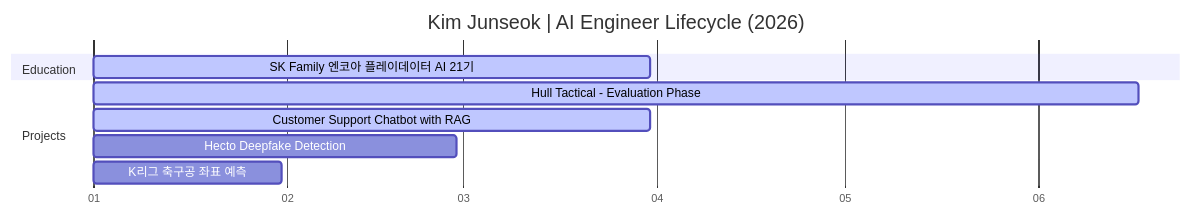
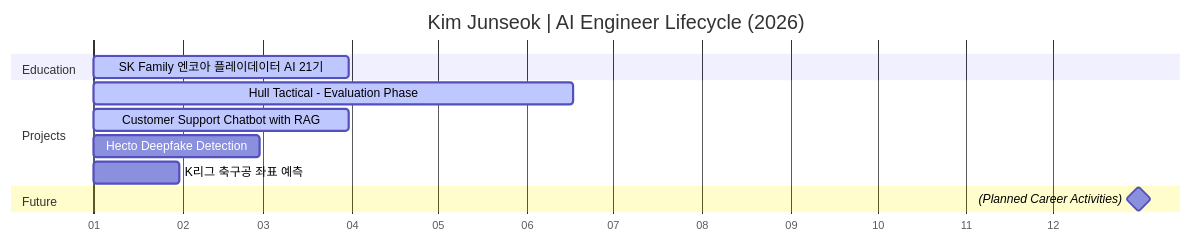
Before and after one commit to junreud/junreud: the second of 2 diagrams in README.md, drawn with Mermaid.

Commit message:
준석_mermaid 2026년 그래프 12월까지 연장

````diff
--- a/README.md
+++ b/README.md
@@ -28,16 +28,19 @@
 ```mermaid
 gantt
     title Kim Junseok | AI Engineer Lifecycle (2026)
     dateFormat  YYYY-MM-DD
     axisFormat  %m
     tickInterval 1month
 
     section Education
     SK Family 엔코아 플레이데이터 AI 21기      :active, edu1, 2026-01-01, 2026-03-31
 
     section Projects
     Hull Tactical - Evaluation Phase         :active, p1_eval, 2026-01-01, 2026-06-17
     Customer Support Chatbot with RAG        :active, p2, 2026-01-01, 2026-03-31
     Hecto Deepfake Detection                 :p3, 2026-01-01, 2026-02-28
     K리그 축구공 좌표 예측                     :p4, 2026-01-01, 2026-01-31
+
+    section Future
+    (Planned Career Activities)              :milestone, m2, 2026-12-31, 0d
 ```
````
